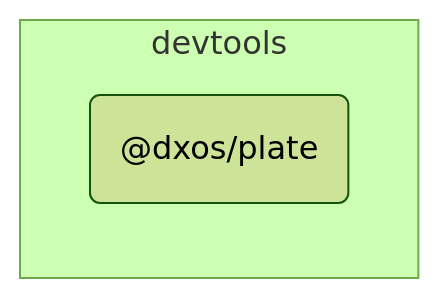
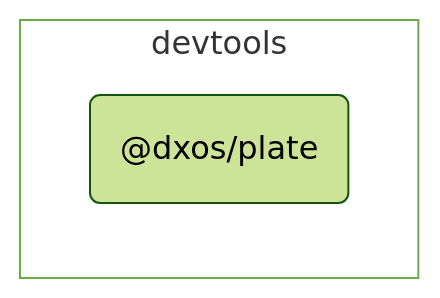
The diagram in packages/devtools/plate/docs/README.md (dxos/dxos), drawn with Mermaid (forest theme) before and after one commit. The commit also changed 80 other files, not shown here.

````diff
--- a/packages/devtools/plate/docs/README.md
+++ b/packages/devtools/plate/docs/README.md
@@ -7,15 +7,17 @@
 ```mermaid
 %%{ init: {'flowchart':{'curve':'basis'}} }%%
 
 flowchart LR
 
+%% Classes
+
+
+
 %% Nodes
 
 subgraph devtools [devtools]
+  style devtools fill:transparent
   dxos/plate("@dxos/plate"):::root
   click dxos/plate "dxos/dxos/tree/main/packages/devtools/plate/docs"
 end
-
-%% Links
-linkStyle default stroke:#333,stroke-width:1px
 ```
````
